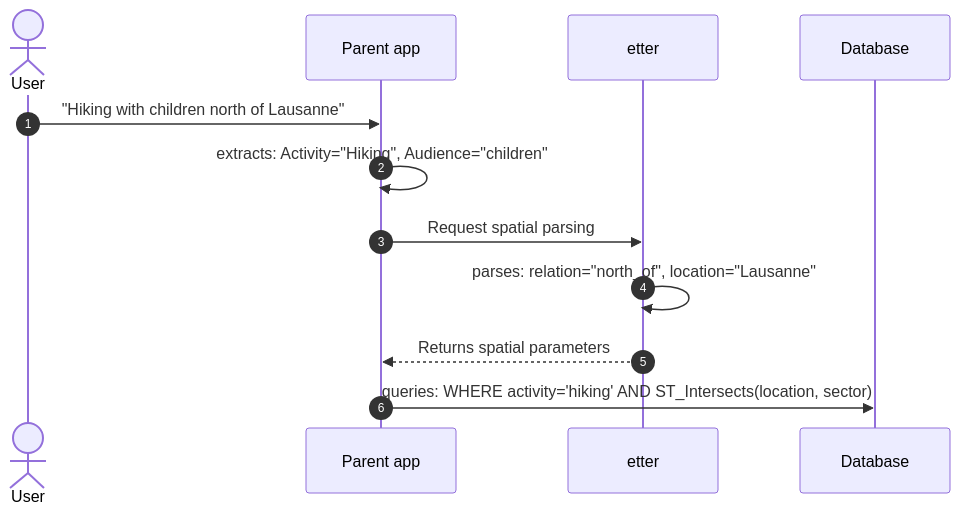
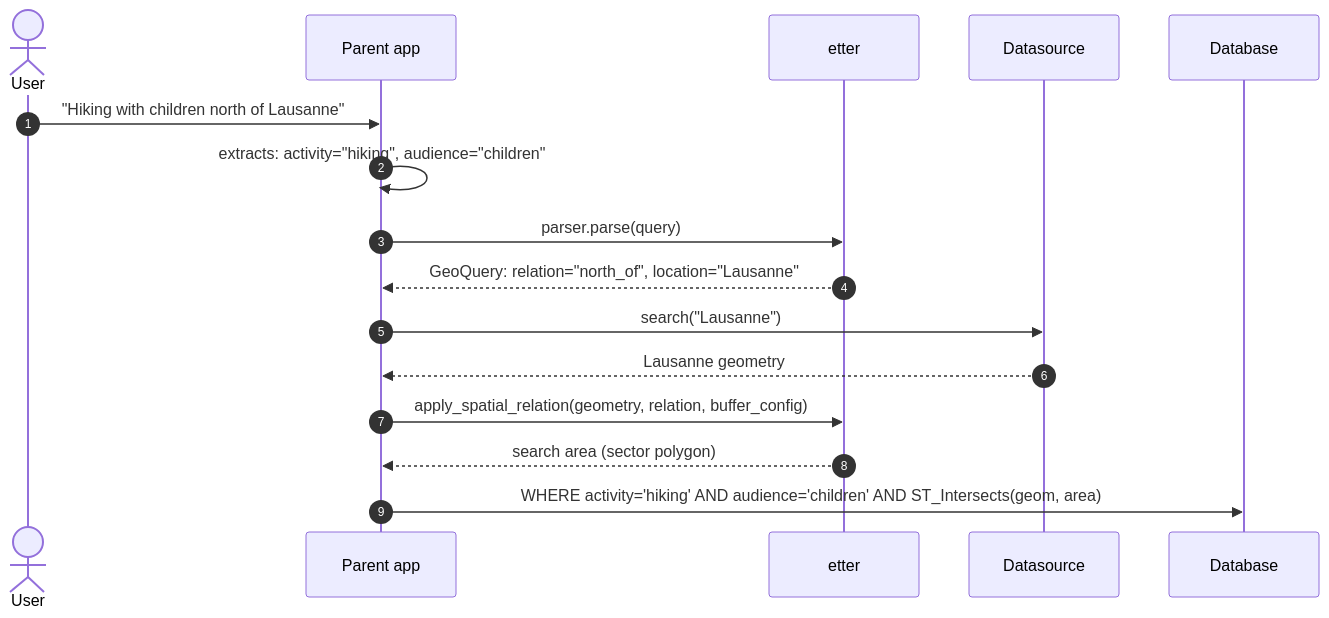
The diagram in docs/guide/getting-started.md (geoblocks/etter), drawn with Mermaid before and after one commit. The commit also changed other lines of this file and 14 other files, not shown here.

````diff
--- a/docs/guide/getting-started.md
+++ b/docs/guide/getting-started.md
@@ -11,21 +11,27 @@
 ```mermaid
 sequenceDiagram
     autonumber
     actor User
     participant App as Parent app
     participant Etter as etter
+    participant DS as Datasource
     participant DB as Database
 
     User->>App: "Hiking with children north of Lausanne"
 
     %% Parent app internal processing
-    App->>App: extracts: Activity="Hiking", Audience="children"
+    App->>App: extracts: activity="hiking", audience="children"
 
-    %% Forwarding spatial data to etter
-    App->>Etter: Request spatial parsing
-    Etter->>Etter: parses: relation="north_of", location="Lausanne"
-    Etter-->>App: Returns spatial parameters
+    %% etter extracts the geographic filter from the full query
+    App->>Etter: parser.parse(query)
+    Etter-->>App: GeoQuery: relation="north_of", location="Lausanne"
+
+    %% Resolving the reference location and building the search area
+    App->>DS: search("Lausanne")
+    DS-->>App: Lausanne geometry
+    App->>Etter: apply_spatial_relation(geometry, relation, buffer_config)
+    Etter-->>App: search area (sector polygon)
 
     %% Final database query
-    App->>DB: queries: WHERE activity='hiking' AND ST_Intersects(location, sector)
+    App->>DB: WHERE activity='hiking' AND audience='children' AND ST_Intersects(geom, area)
 ```
````
